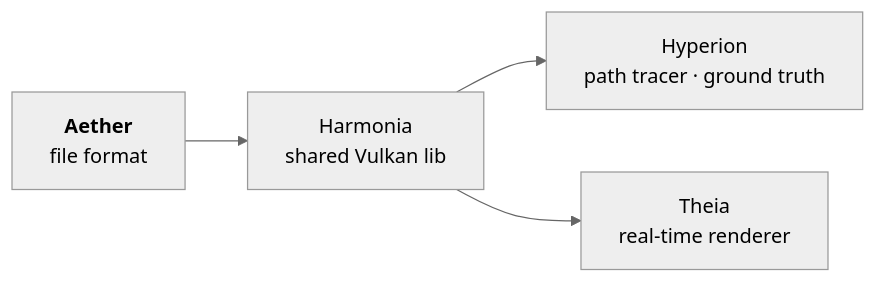
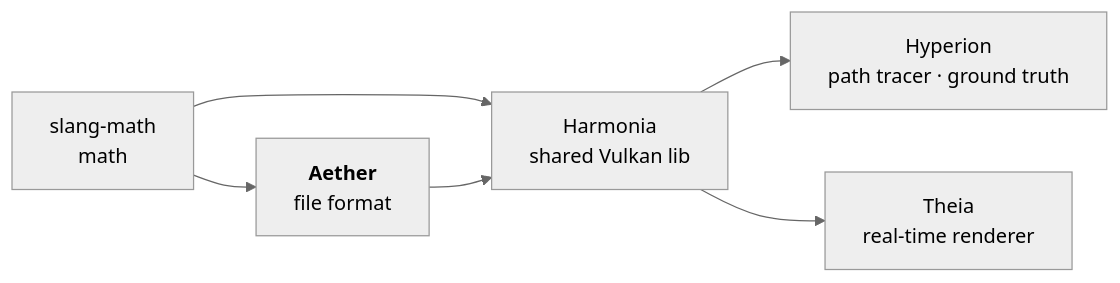
One commit to McNopper/Aether changed the diagram in README.md. Above: the diagram before and after it, drawn with Mermaid (neutral theme). The commit also changed 2 other files, not shown here.

Commit message:
Add PLAN.md (dissolved from workspace sprint plan); refresh AGENTS; scrub local paths
- PLAN.md: NH1/NH4, ANI1 schema slice, SM6 migration slice, governance, baseline (v0.7.3 OMM format, BV1)
- AGENTS: Theia described as accumulation path tracer converging to Hyperion; FetchContent trap uses repo-relative paths; mermaid adds slang-math; pointer to PLAN.md
- README: mermaid adds slang-math

````diff
--- a/README.md
+++ b/README.md
@@ -12,6 +12,8 @@
 ```mermaid
 flowchart LR
-    A["<b>Aether</b><br/>file format"] --> H["Harmonia<br/>shared Vulkan lib"]
+    SM["slang-math<br/>math"] --> A["<b>Aether</b><br/>file format"]
+    SM --> H
+    A --> H["Harmonia<br/>shared Vulkan lib"]
     H --> Hy["Hyperion<br/>path tracer · ground truth"]
     H --> T["Theia<br/>real-time renderer"]
 ```
````
